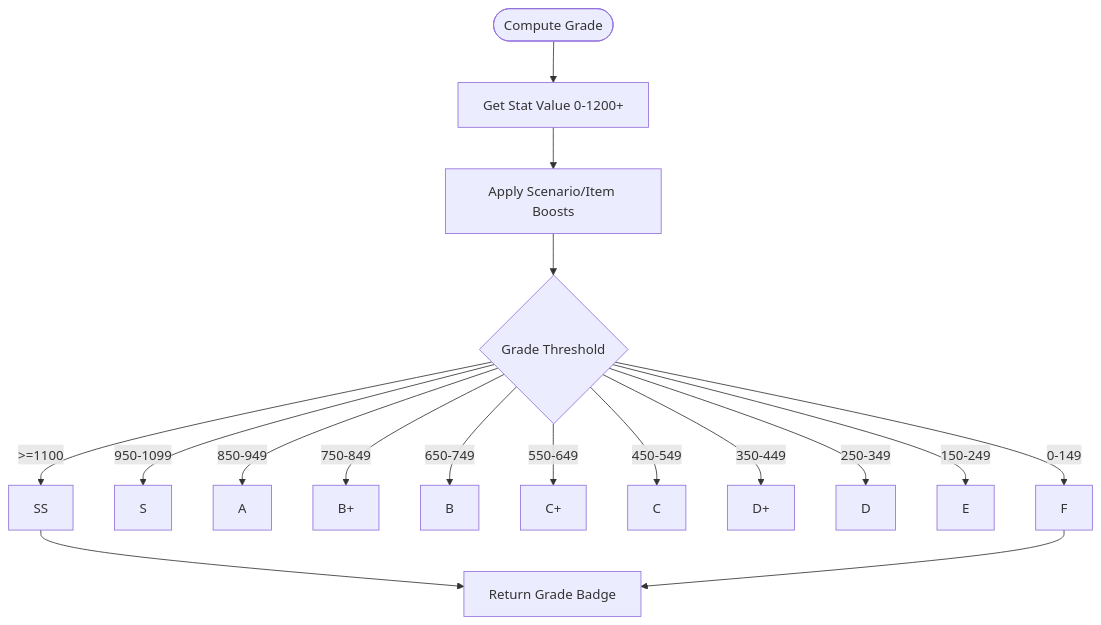
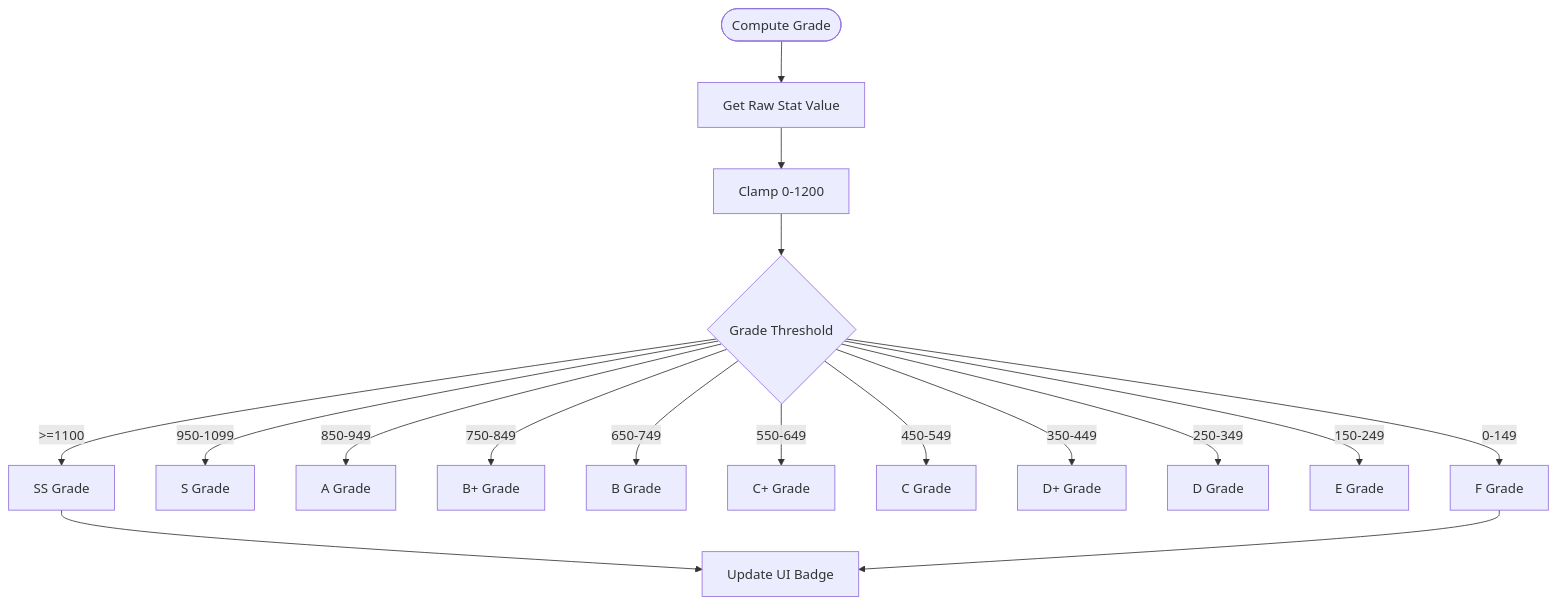
One commit to exatfrds67/umamusume-career-planner changed the third of 7 diagrams in docs/01-flows/FLOW-001_Character_Management_System.md. Above: the diagram before and after it, drawn with Mermaid. The commit also changed other lines of this file and 67 other files, not shown here.

````diff
--- a/docs/01-flows/FLOW-001_Character_Management_System.md
+++ b/docs/01-flows/FLOW-001_Character_Management_System.md
@@ -50,19 +104,22 @@
 ```mermaid
 flowchart TD
-    Start([Compute Grade]) --> GetValue[Get Stat Value 0-1200+]
-    GetValue --> ApplyBoosts[Apply Scenario/Item Boosts]
-    ApplyBoosts --> DetermineGrade{Grade Threshold}
-    DetermineGrade -->|>=1100| SS
-    DetermineGrade -->|950-1099| S
-    DetermineGrade -->|850-949| A
-    DetermineGrade -->|750-849| B+
-    DetermineGrade -->|650-749| B
-    DetermineGrade -->|550-649| C+
-    DetermineGrade -->|450-549| C
-    DetermineGrade -->|350-449| D+
-    DetermineGrade -->|250-349| D
-    DetermineGrade -->|150-249| E
-    DetermineGrade -->|0-149| F
-    SS --> Return[Return Grade Badge]
-    F --> Return
+    Start([Compute Grade]) --> GetRaw[Get Raw Stat Value]
+    GetRaw --> ClampValue[Clamp 0-1200]
+    
+    ClampValue --> DetermineGrade{Grade Threshold}
+    
+    DetermineGrade -->|>=1100| SS[SS Grade]
+    DetermineGrade -->|950-1099| S[S Grade]
+    DetermineGrade -->|850-949| A[A Grade]
+    DetermineGrade -->|750-849| BPlus[B+ Grade]
+    DetermineGrade -->|650-749| B[B Grade]
+    DetermineGrade -->|550-649| CPlus[C+ Grade]
+    DetermineGrade -->|450-549| C[C Grade]
+    DetermineGrade -->|350-449| DPlus[D+ Grade]
+    DetermineGrade -->|250-349| D[D Grade]
+    DetermineGrade -->|150-249| E[E Grade]
+    DetermineGrade -->|0-149| F[F Grade]
+    
+    SS --> UI[Update UI Badge]
+    F --> UI
 ```
````
